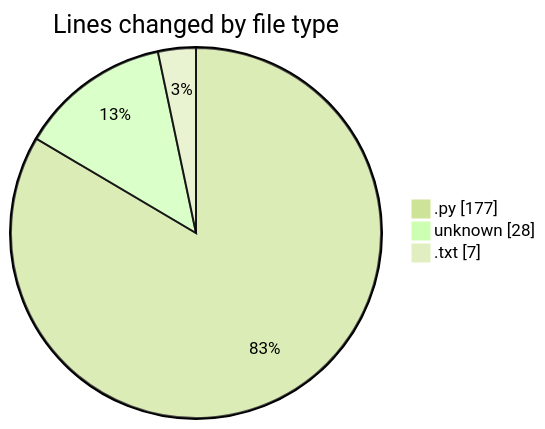
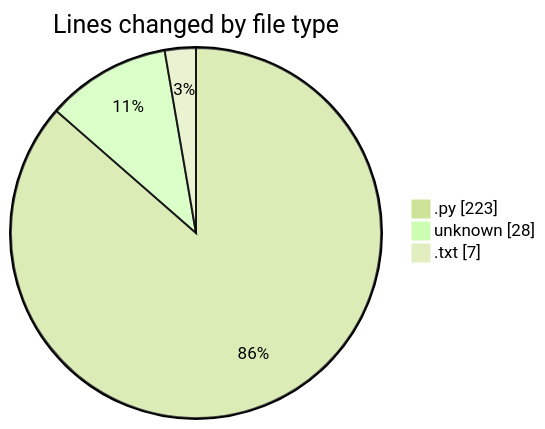
The first of 2 diagrams in 2026-09-18/video-downloader/README.md (momahboobian/code-tracking), drawn with Mermaid (forest theme) before and after one commit. The commit also changed other lines of this file and 1 other file, not shown here.

````diff
--- a/2026-09-18/video-downloader/README.md
+++ b/2026-09-18/video-downloader/README.md
@@ -23,7 +23,7 @@
 ```mermaid
 pie showData
 title Lines changed by file type
-".py" : 177
+".py" : 223
 "unknown" : 28
 ".txt" : 7
 ```
````
